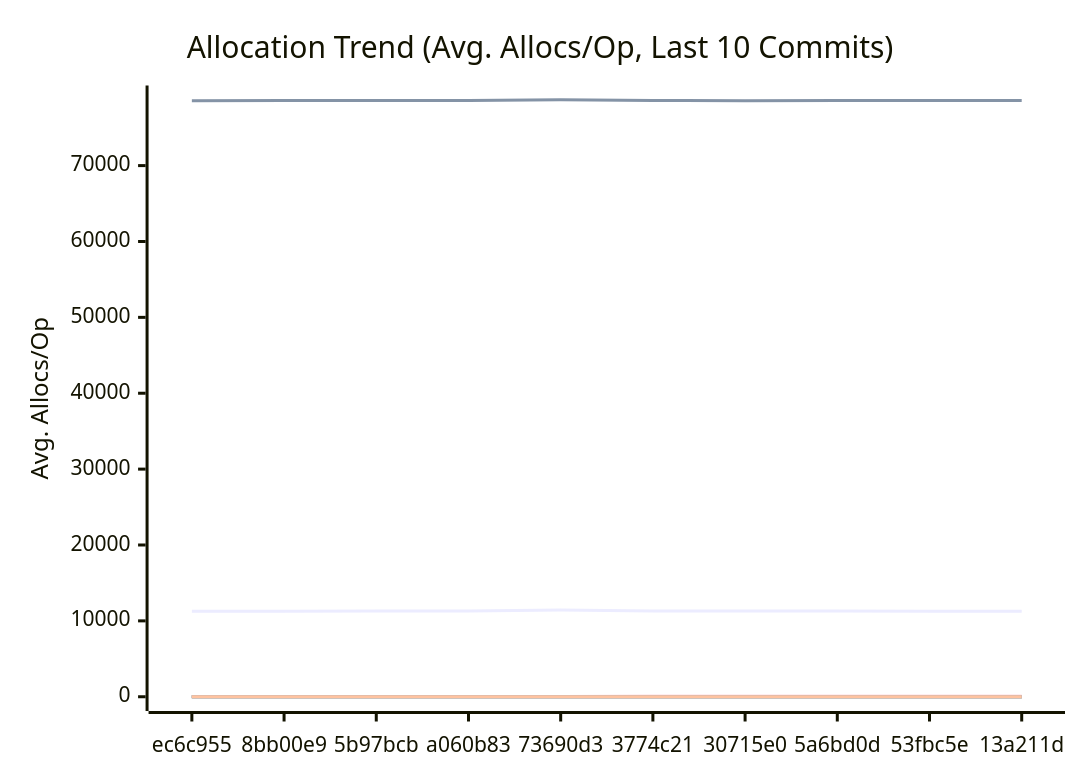
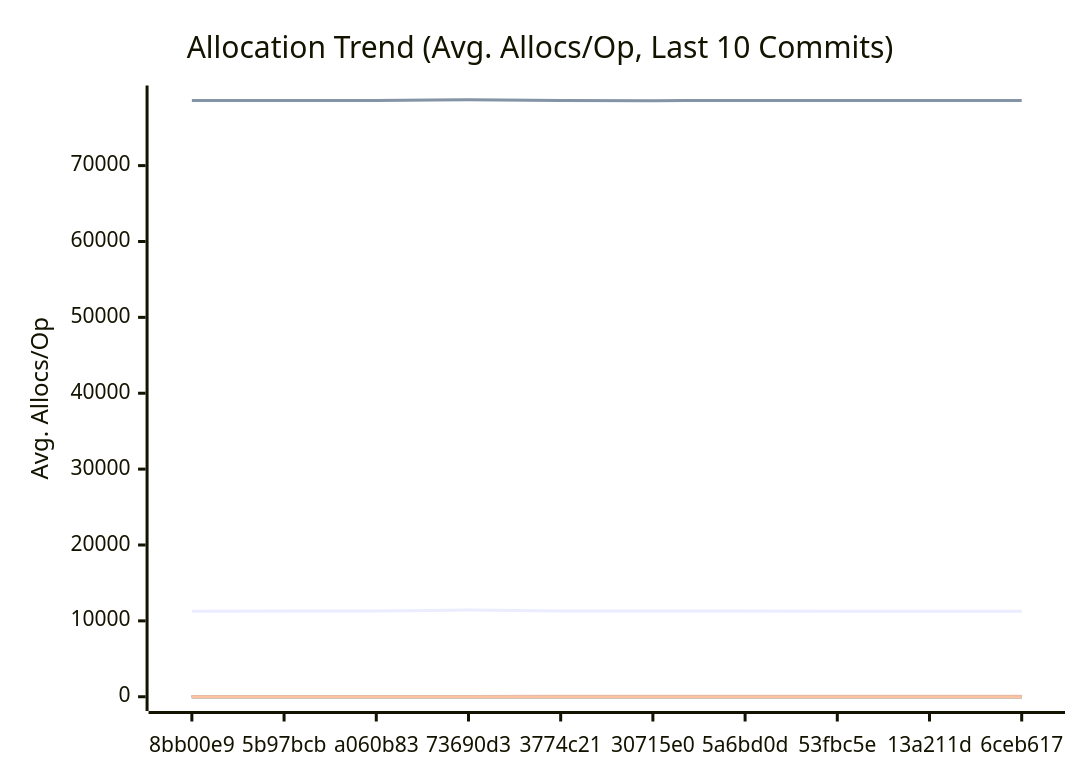
One commit to alsotoes/momo changed the third of 3 diagrams in docs/PERFORMANCE.md. Above: the diagram before and after it, drawn with Mermaid. The commit also changed other lines of this file and 2 other files, not shown here.

````diff
--- a/docs/PERFORMANCE.md
+++ b/docs/PERFORMANCE.md
@@ -197,20 +197,20 @@
 ```mermaid
 xychart-beta
     title "Allocation Trend (Avg. Allocs/Op, Last 10 Commits)"
     x-axis "Commit"
     y-axis "Avg. Allocs/Op"
-    x-axis [ec6c955,8bb00e9,5b97bcb,a060b83,73690d3,3774c21,30715e0,5a6bd0d,53fbc5e,13a211d]
-    line "AWSChunkedReaderSigned" [11273,11278,11291,11291,11422,11290,11296,11293,11281,11276]
-    line "AWSChunkedReaderUnsigned" [78561,78567,78580,78580,78679,78587,78563,78569,78577,78568]
+    x-axis [8bb00e9,5b97bcb,a060b83,73690d3,3774c21,30715e0,5a6bd0d,53fbc5e,13a211d,6ceb617]
+    line "AWSChunkedReaderSigned" [11278,11291,11291,11422,11290,11296,11293,11281,11276,11278]
+    line "AWSChunkedReaderUnsigned" [78567,78580,78580,78679,78587,78563,78569,78577,78568,78570]
     line "CheckMetricsAndSwap" [0,0,0,0,0,0,0,0,0,0]
     line "CrushOptimized" [0,0,0,0,0,0,0,0,0,0]
     line "CrushOriginal" [3,3,3,3,3,3,3,3,3,3]
     line "IndexDirectTracking" [0,0,0,0,0,0,0,0,0,0]
     line "IndexSearch" [0,0,0,0,0,0,0,0,0,0]
-    line "LoadGlobalConfig" [46,46,46,46,46,50,54,54,54,54]
+    line "LoadGlobalConfig" [46,46,46,46,50,54,54,54,54,54]
     line "PadString" [1,1,1,1,1,1,1,1,1,1]
     line "ParseReplicationOrder_NoPrealloc" [6,6,6,6,6,5,5,5,5,5]
     line "ParseReplicationOrder_Prealloc" [2,2,2,2,2,1,1,1,1,1]
     line "SanitizeLog/Safe" [0,0,0,0,0,0,0,0,0,0]
     line "SanitizeLog/Unsafe" [1,1,1,1,1,1,1,1,1,1]
 ```
````
